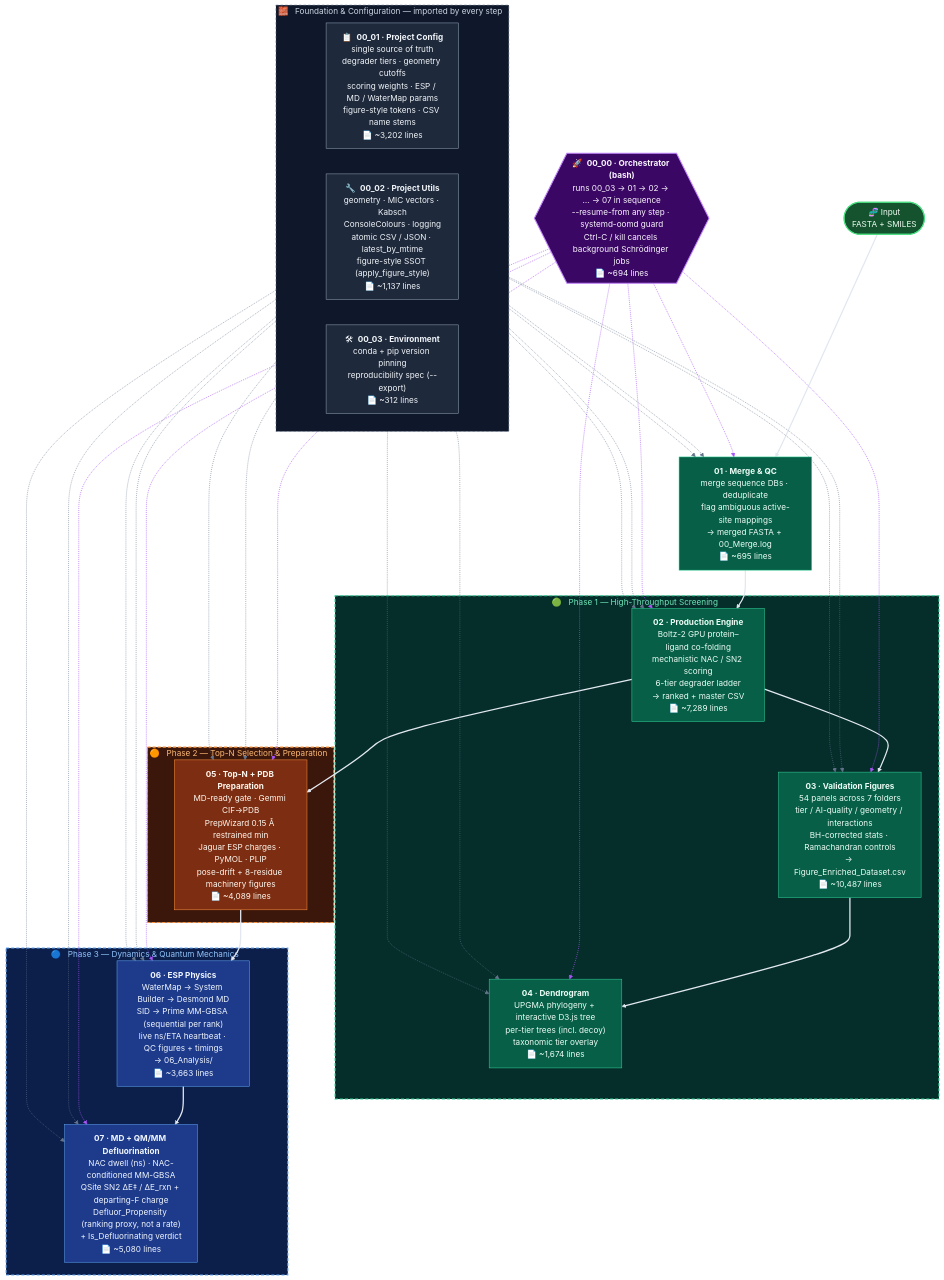
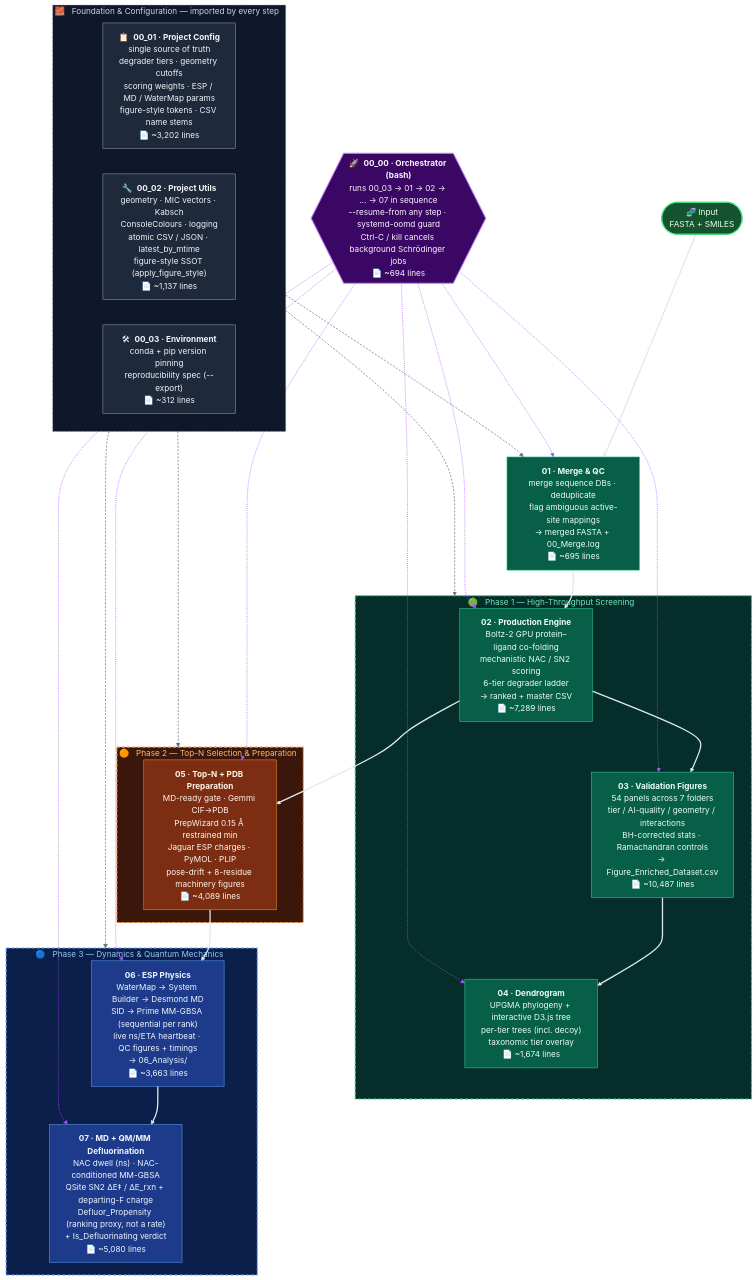
One commit to KU-MGB/DeFluorX changed the diagram in README.md. Above: the diagram before and after it, drawn with Mermaid. The commit also changed other lines of this file, not shown here.

Commit message:
docs: declutter Mermaid foundation imports into a per-phase bus
Replace the 14 individual CFG/UTL dotted import lines with a single foundation
bus (FOUNDATION → Merge, Phase 1, Phase 2, Phase 3) — same meaning, far fewer
crossing lines. Orchestrator 'runs' fan kept. linkStyle indices recomputed
(data 0-6, foundation bus 7-10, orchestration 11-17); re-validated via mermaid-cli.

````diff
--- a/README.md
+++ b/README.md
@@ -193,64 +193,63 @@
 ```mermaid
 flowchart TD
     ORCH{{"🚀 &nbsp;<b>00_00 · Orchestrator (bash)</b><br/>runs 00_03 → 01 → 02 → … → 07 in sequence<br/>--resume-from any step · systemd-oomd guard<br/>Ctrl-C / kill cancels background Schrödinger jobs<br/>📄 ~694 lines"}}:::orch
     START(["🧬 Input<br/>FASTA + SMILES"]):::io
 
     subgraph FOUNDATION["🧱 &nbsp; Foundation &amp; Configuration — imported by every step &nbsp;"]
         direction LR
         CFG["📋 &nbsp;<b>00_01 · Project Config</b><br/>single source of truth<br/>degrader tiers · geometry cutoffs<br/>scoring weights · ESP / MD / WaterMap params<br/>figure-style tokens · CSV name stems<br/>📄 ~3,202 lines"]:::found
         UTL["🔧 &nbsp;<b>00_02 · Project Utils</b><br/>geometry · MIC vectors · Kabsch<br/>ConsoleColours · logging<br/>atomic CSV / JSON · latest_by_mtime<br/>figure-style SSOT (apply_figure_style)<br/>📄 ~1,137 lines"]:::found
         ENV["🛠 &nbsp;<b>00_03 · Environment</b><br/>conda + pip version pinning<br/>reproducibility spec (--export)<br/>📄 ~312 lines"]:::found
     end
 
     M1["<b>01 · Merge &amp; QC</b><br/>merge sequence DBs · deduplicate<br/>flag ambiguous active-site mappings<br/>→ merged FASTA + 00_Merge.log<br/>📄 ~695 lines"]:::hts
 
     subgraph PHASE1["🟢 &nbsp; Phase 1 — High-Throughput Screening &nbsp;"]
         M2["<b>02 · Production Engine</b><br/>Boltz-2 GPU protein–ligand co-folding<br/>mechanistic NAC / SN2 scoring<br/>6-tier degrader ladder<br/>→ ranked + master CSV<br/>📄 ~7,289 lines"]:::hts
         M3["<b>03 · Validation Figures</b><br/>54 panels across 7 folders<br/>tier / AI-quality / geometry / interactions<br/>BH-corrected stats · Ramachandran controls<br/>→ Figure_Enriched_Dataset.csv<br/>📄 ~10,487 lines"]:::hts
         M4["<b>04 · Dendrogram</b><br/>UPGMA phylogeny + interactive D3.js tree<br/>per-tier trees (incl. decoy)<br/>taxonomic tier overlay<br/>📄 ~1,674 lines"]:::hts
         M2 --> M3
         M3 --> M4
     end
 
     subgraph PHASE2["🟠 &nbsp; Phase 2 — Top-N Selection &amp; Preparation &nbsp;"]
         M5["<b>05 · Top-N + PDB Preparation</b><br/>MD-ready gate · Gemmi CIF→PDB<br/>PrepWizard 0.15 Å restrained min<br/>Jaguar ESP charges · PyMOL · PLIP<br/>pose-drift + 8-residue machinery figures<br/>📄 ~4,089 lines"]:::prep
     end
 
     subgraph PHASE3["🔵 &nbsp; Phase 3 — Dynamics &amp; Quantum Mechanics &nbsp;"]
         M6["<b>06 · ESP Physics</b><br/>WaterMap → System Builder → Desmond MD<br/>SID → Prime MM-GBSA (sequential per rank)<br/>live ns/ETA heartbeat · QC figures + timings<br/>→ 06_Analysis/<br/>📄 ~3,663 lines"]:::dyn
         M7["<b>07 · MD + QM/MM Defluorination</b><br/>NAC dwell (ns) · NAC-conditioned MM-GBSA<br/>QSite SN2 ΔE‡ / ΔE_rxn + departing-F charge<br/>Defluor_Propensity (ranking proxy, not a rate)<br/>+ Is_Defluorinating verdict<br/>📄 ~5,080 lines"]:::dyn
         M6 --> M7
     end
 
     %% ── data flow (solid) ──
     START --> M1
     M1 --> M2
     M2 --> M5
     M5 --> M6
 
-    %% ── shared foundation: 00_01 CFG + 00_02 utils are imported by EVERY step; 00_03 is the standalone env spec ──
-    CFG -.-> M1 & M2 & M3 & M4 & M5 & M6 & M7
-    UTL -.-> M1 & M2 & M3 & M4 & M5 & M6 & M7
+    %% ── shared foundation bus: 00_01 CFG + 00_02 utils imported by EVERY step; drawn once per phase (+ standalone Merge) instead of 14 crossing lines. 00_03 is the standalone env spec ──
+    FOUNDATION -.-> M1 & PHASE1 & PHASE2 & PHASE3
 
     %% ── 00_00 orchestrates: runs each step 01–07 in sequence (own run per step, resume-aware) ──
     ORCH -.-> M1 & M2 & M3 & M4 & M5 & M6 & M7
 
     classDef io    fill:#14532d,stroke:#4ade80,color:#f0fdf4,stroke-width:2px
     classDef orch  fill:#3b0764,stroke:#c084fc,color:#faf5ff,stroke-width:2px
     classDef found fill:#1e293b,stroke:#94a3b8,color:#f1f5f9
     classDef hts   fill:#065f46,stroke:#34d399,color:#ecfdf5
     classDef prep  fill:#7c2d12,stroke:#fb923c,color:#fff7ed
     classDef dyn   fill:#1e3a8a,stroke:#60a5fa,color:#eff6ff
 
     style FOUNDATION fill:#0f172a,stroke:#64748b,color:#cbd5e1,stroke-width:1px,stroke-dasharray:5 4
     style PHASE1 fill:#052e2b,stroke:#34d399,color:#6ee7b7,stroke-width:2px,stroke-dasharray:6 4
     style PHASE2 fill:#3b160a,stroke:#fb923c,color:#fdba74,stroke-width:2px,stroke-dasharray:6 4
     style PHASE3 fill:#0c1f4a,stroke:#60a5fa,color:#93c5fd,stroke-width:2px,stroke-dasharray:6 4
 
     %% edges 0–6 = data flow (declared inside subgraphs first: M2→M3, M3→M4, M6→M7, then START→M1, M1→M2, M2→M5, M5→M6)
     linkStyle 0,1,2,3,4,5,6 stroke:#e2e8f0,stroke-width:2.5px
-    %% edges 7–20 = the 14 grey foundation-import links (CFG×7, UTL×7)
-    linkStyle 7,8,9,10,11,12,13,14,15,16,17,18,19,20 stroke:#64748b,stroke-width:1px
-    %% edges 21–27 = the 7 violet 00_00-orchestration ("runs") links
-    linkStyle 21,22,23,24,25,26,27 stroke:#a855f7,stroke-width:1.2px
+    %% edges 7–10 = the foundation-import bus (FOUNDATION → Merge, Phase 1, Phase 2, Phase 3)
+    linkStyle 7,8,9,10 stroke:#64748b,stroke-width:1.4px,stroke-dasharray:4 3
+    %% edges 11–17 = the 7 violet 00_00-orchestration ("runs") links
+    linkStyle 11,12,13,14,15,16,17 stroke:#a855f7,stroke-width:1.2px
 ```
````
